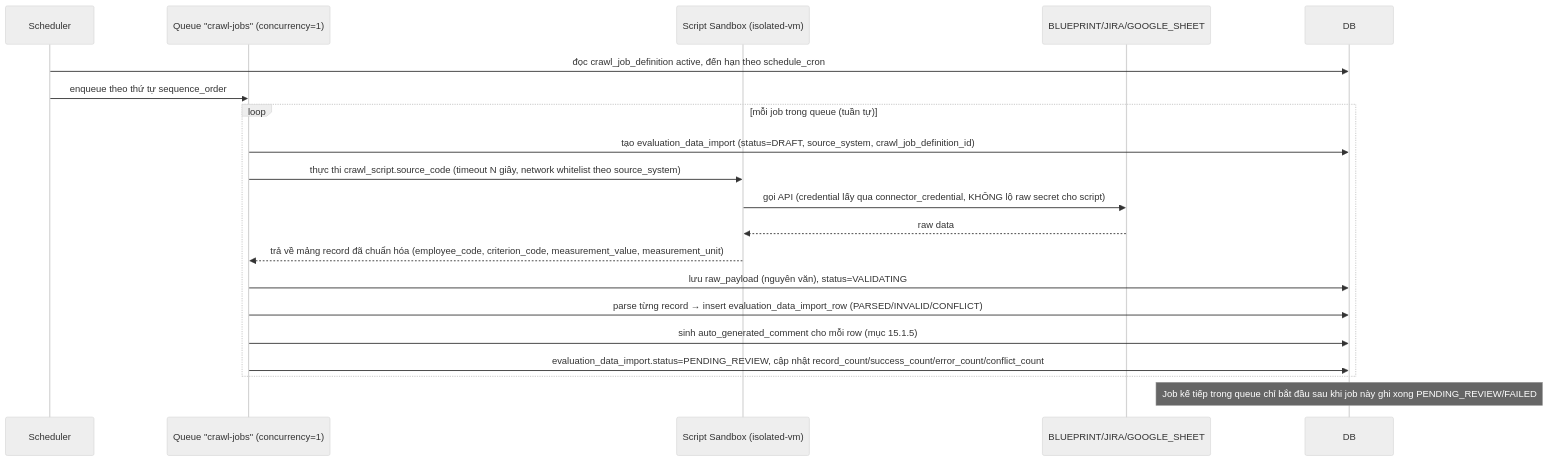
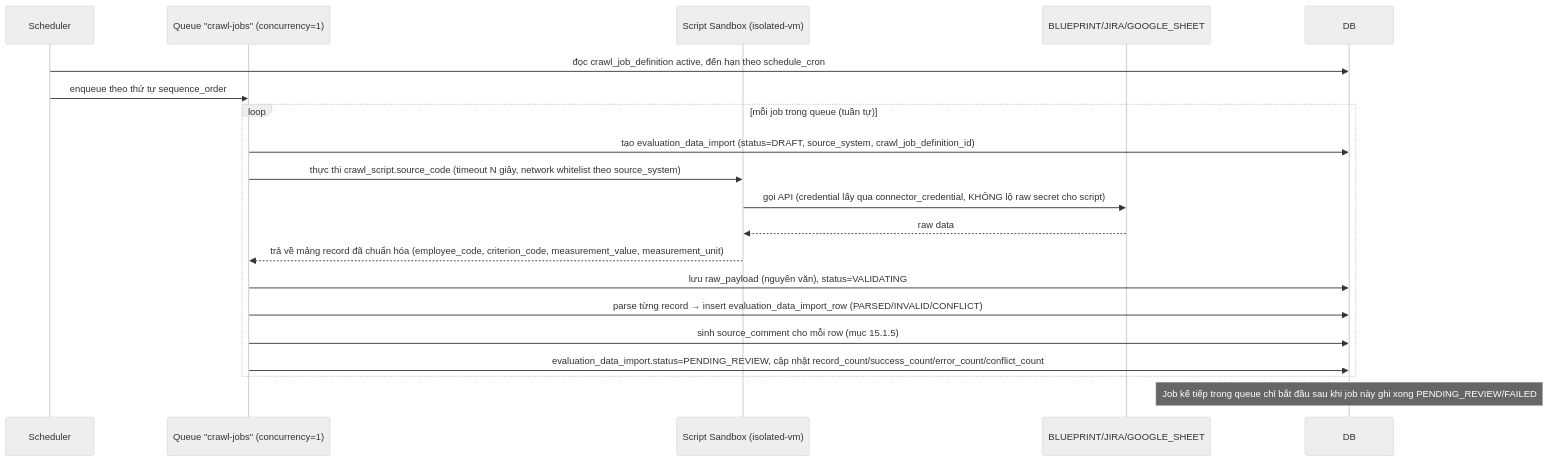
The sixth of 9 diagrams in docs/LLD_Employee_Performance_Evaluation_System.md (PhuocNT93/kpi-system), drawn with Mermaid (neutral theme) before and after one commit. The commit also changed other lines of this file and 29 other files, not shown here.

````diff
--- a/docs/LLD_Employee_Performance_Evaluation_System.md
+++ b/docs/LLD_Employee_Performance_Evaluation_System.md
@@ -1007,23 +1028,23 @@
 ```mermaid
 sequenceDiagram
     participant Scheduler
     participant Queue as Queue "crawl-jobs" (concurrency=1)
     participant Sandbox as Script Sandbox (isolated-vm)
     participant Source as BLUEPRINT/JIRA/GOOGLE_SHEET
     participant DB
 
     Scheduler->>DB: đọc crawl_job_definition active, đến hạn theo schedule_cron
     Scheduler->>Queue: enqueue theo thứ tự sequence_order
     loop mỗi job trong queue (tuần tự)
         Queue->>DB: tạo evaluation_data_import (status=DRAFT, source_system, crawl_job_definition_id)
         Queue->>Sandbox: thực thi crawl_script.source_code (timeout N giây, network whitelist theo source_system)
         Sandbox->>Source: gọi API (credential lấy qua connector_credential, KHÔNG lộ raw secret cho script)
         Source-->>Sandbox: raw data
         Sandbox-->>Queue: trả về mảng record đã chuẩn hóa (employee_code, criterion_code, measurement_value, measurement_unit)
         Queue->>DB: lưu raw_payload (nguyên văn), status=VALIDATING
         Queue->>DB: parse từng record → insert evaluation_data_import_row (PARSED/INVALID/CONFLICT)
-        Queue->>DB: sinh auto_generated_comment cho mỗi row (mục 15.1.5)
+        Queue->>DB: sinh source_comment cho mỗi row (mục 15.1.5)
         Queue->>DB: evaluation_data_import.status=PENDING_REVIEW, cập nhật record_count/success_count/error_count/conflict_count
     end
     Note over DB: Job kế tiếp trong queue chỉ bắt đầu sau khi job này ghi xong PENDING_REVIEW/FAILED
 ```
````
